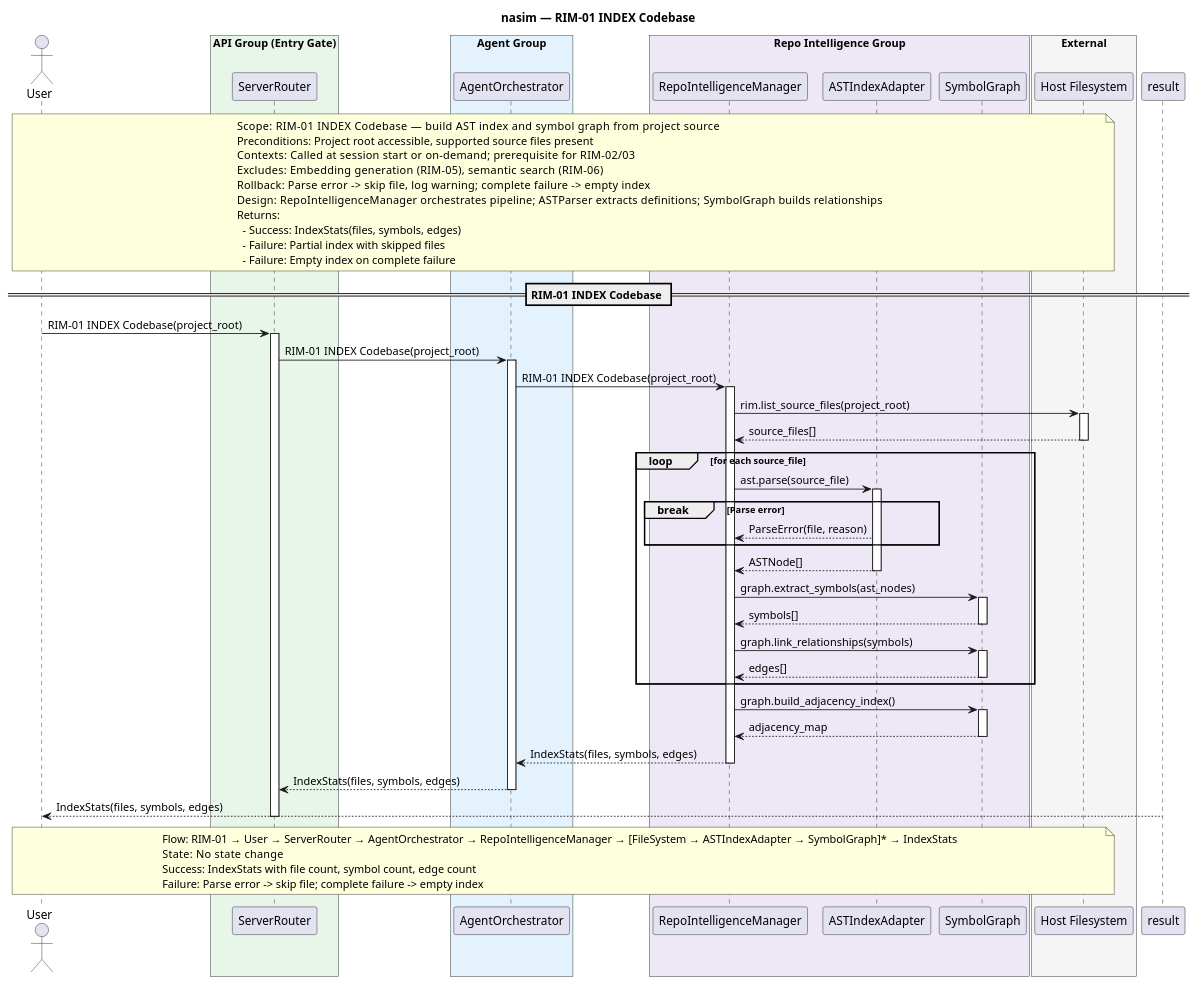
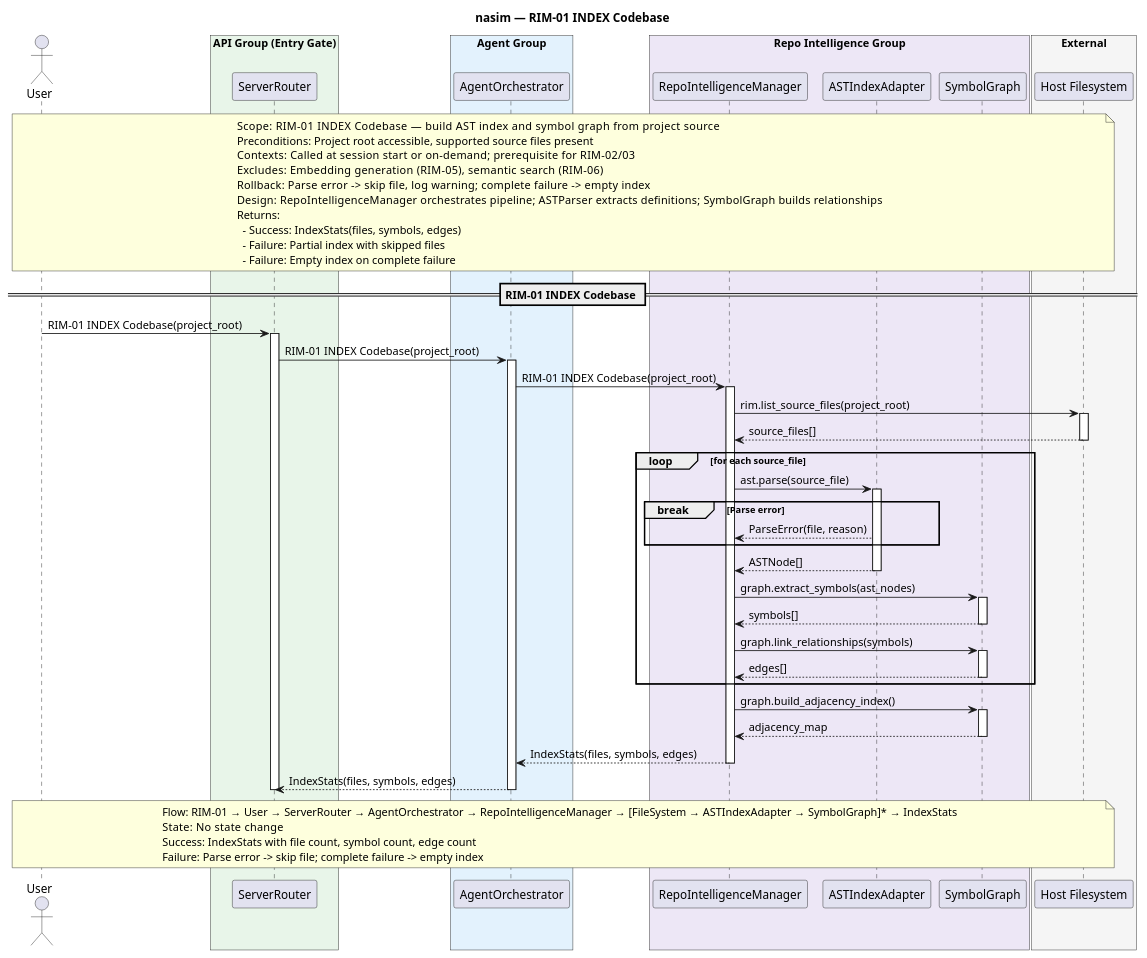
Before and after one commit to salimnamvar/nasim: the diagram in docs/SQ/RIM/sq_rim01_index_codebase.puml, drawn with PlantUML. The commit also changed 133 other files, not shown here.

First line of the commit message:
docs: Refactor sequence diagrams and update documentation for session management and tool operations

```diff
--- a/docs/SQ/RIM/sq_rim01_index_codebase.puml
+++ b/docs/SQ/RIM/sq_rim01_index_codebase.puml
@@ -1,101 +1,100 @@
 @startuml sq_rim01_index_codebase
 ' ============================================================
 ' Title:     RIM-01 — INDEX Codebase
 ' Boundary:  nasim code agent
 ' Purpose:   Build AST index and symbol graph from project source
 ' Milestone: v1.0
 ' Version:   9.1.0
 ' Source:    CAR refinement loop — API-First transformation
 ' Review:    docs/SQ/README.md
 ' ============================================================
 
 title nasim — RIM-01 INDEX Codebase
 
 actor "User" as user
 
 box "API Group (Entry Gate)" #E8F5E9
   participant "ServerRouter" as router
 end box
 box "Agent Group" #E3F2FD
   participant "AgentOrchestrator" as agent
 end box
 box "Repo Intelligence Group" #EDE7F6
   participant "RepoIntelligenceManager" as rim
   participant "ASTIndexAdapter" as ast
   participant "SymbolGraph" as graph
 end box
 box "External" #F5F5F5
   participant "Host Filesystem" as fs
 end box
 
 note over user, fs
   Scope:          RIM-01 INDEX Codebase — build AST index and symbol graph from project source
   Preconditions:  Project root accessible, supported source files present
   Contexts:       Called at session start or on-demand; prerequisite for RIM-02/03
   Excludes:       Embedding generation (RIM-05), semantic search (RIM-06)
   Rollback:       Parse error -> skip file, log warning; complete failure -> empty index
   Design:         RepoIntelligenceManager orchestrates pipeline; ASTParser extracts definitions; SymbolGraph builds relationships
   Returns:
     - Success: IndexStats(files, symbols, edges)
     - Failure: Partial index with skipped files
     - Failure: Empty index on complete failure
 end note
 
 == RIM-01 INDEX Codebase ==
 
 user -> router : RIM-01 INDEX Codebase(project_root)
 activate router
 router -> agent : RIM-01 INDEX Codebase(project_root)
 activate agent
 
 agent -> rim : RIM-01 INDEX Codebase(project_root)
 activate rim
 
 rim -> fs : rim.list_source_files(project_root)
 activate fs
 fs --> rim : source_files[]
 deactivate fs
 
 loop for each source_file
     rim -> ast : ast.parse(source_file)
     activate ast
 
     break Parse error
         ast --> rim : ParseError(file, reason)
     end
 
     ast --> rim : ASTNode[]
     deactivate ast
 
     rim -> graph : graph.extract_symbols(ast_nodes)
     activate graph
     graph --> rim : symbols[]
     deactivate graph
 
     rim -> graph : graph.link_relationships(symbols)
     activate graph
     graph --> rim : edges[]
     deactivate graph
 end
 
 rim -> graph : graph.build_adjacency_index()
 activate graph
 graph --> rim : adjacency_map
 deactivate graph
 
 rim --> agent : IndexStats(files, symbols, edges)
 deactivate rim
 
 agent --> router : IndexStats(files, symbols, edges)
 deactivate agent
-result --> user : IndexStats(files, symbols, edges)
 deactivate router
 
 note over user, fs
   Flow:    RIM-01 → User → ServerRouter → AgentOrchestrator → RepoIntelligenceManager → [FileSystem → ASTIndexAdapter → SymbolGraph]* → IndexStats
   State:   No state change
   Success: IndexStats with file count, symbol count, edge count
   Failure: Parse error -> skip file; complete failure -> empty index
 end note
 
 @enduml
```
